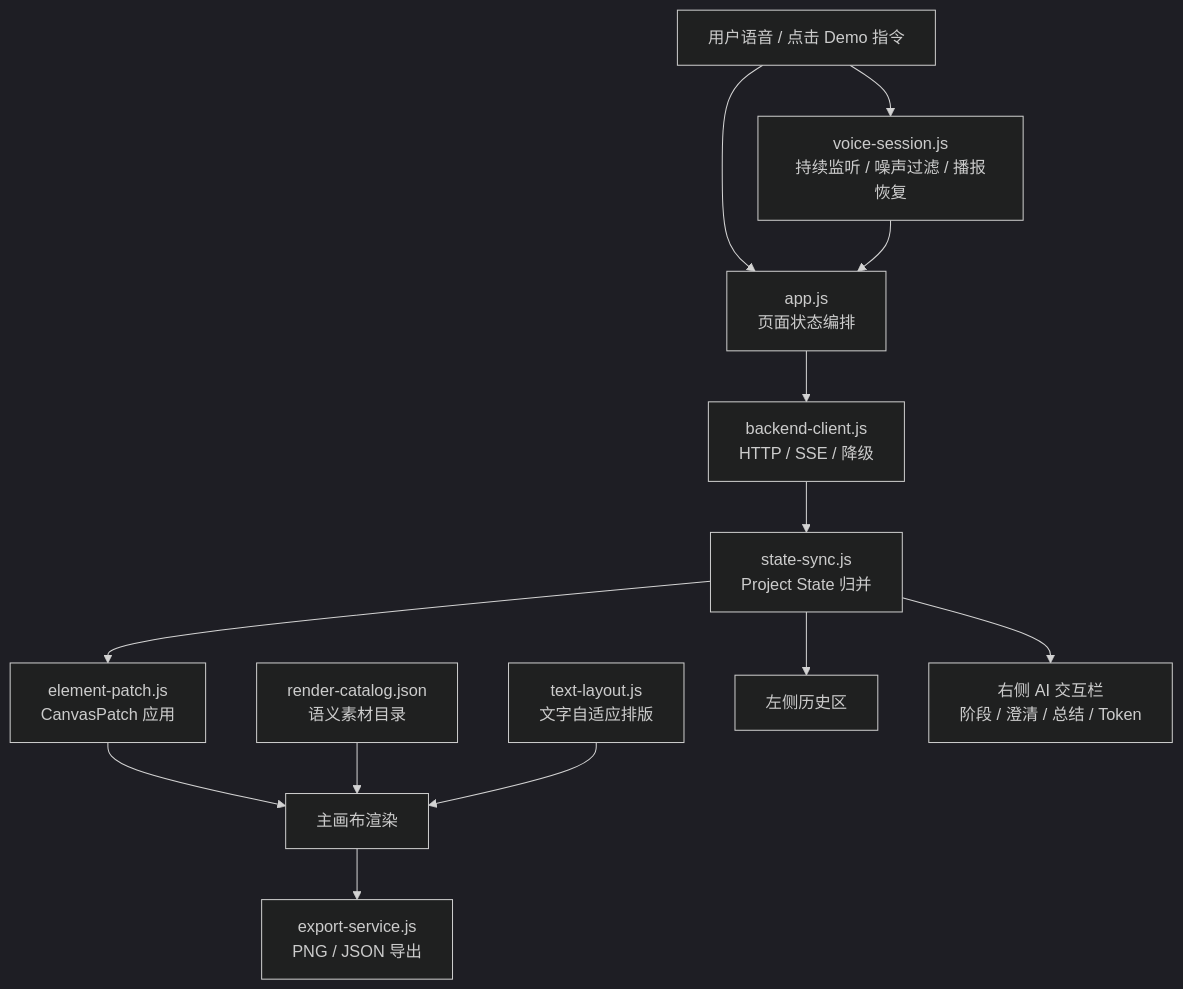
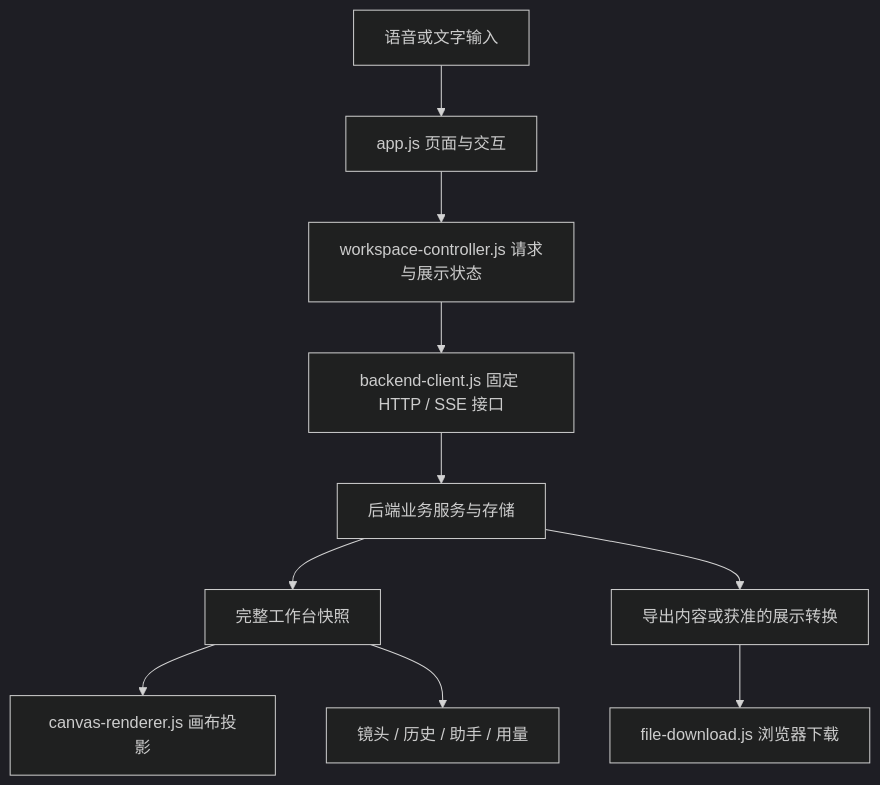
Before and after one commit to jackwentao/VoiceCanvas: the first of 3 diagrams in docs/ARCHITECTURE.md, drawn with Mermaid (dark theme). The commit also changed other lines of this file and 21 other files, not shown here.

````diff
--- a/docs/ARCHITECTURE.md
+++ b/docs/ARCHITECTURE.md
@@ -7,28 +7,12 @@
 ```mermaid
 flowchart TD
-    User["用户语音 / 点击 Demo 指令"]
-    Voice["voice-session.js<br/>持续监听 / 噪声过滤 / 播报恢复"]
-    App["app.js<br/>页面状态编排"]
-    Client["backend-client.js<br/>HTTP / SSE / 降级"]
-    State["state-sync.js<br/>Project State 归并"]
-    Patch["element-patch.js<br/>CanvasPatch 应用"]
-    Layout["text-layout.js<br/>文字自适应排版"]
-    Catalog["render-catalog.json<br/>语义素材目录"]
-    Canvas["主画布渲染"]
-    History["左侧历史区"]
-    AIPanel["右侧 AI 交互栏<br/>阶段 / 澄清 / 总结 / Token"]
-    Export["export-service.js<br/>PNG / JSON 导出"]
-
-    User --> Voice
-    User --> App
-    Voice --> App
-    App --> Client
-    Client --> State
-    State --> Patch
-    Patch --> Canvas
-    Catalog --> Canvas
-    Layout --> Canvas
-    State --> History
-    State --> AIPanel
-    Canvas --> Export
+    User[语音或文字输入] --> App[app.js 页面与交互]
+    App --> Controller[workspace-controller.js 请求与展示状态]
+    Controller --> Client[backend-client.js 固定 HTTP / SSE 接口]
+    Client --> Backend[后端业务服务与存储]
+    Backend --> Snapshot[完整工作台快照]
+    Snapshot --> Renderer[canvas-renderer.js 画布投影]
+    Snapshot --> Panels[镜头 / 历史 / 助手 / 用量]
+    Backend --> Export[导出内容或获准的展示转换]
+    Export --> Download[file-download.js 浏览器下载]
 ```
````
